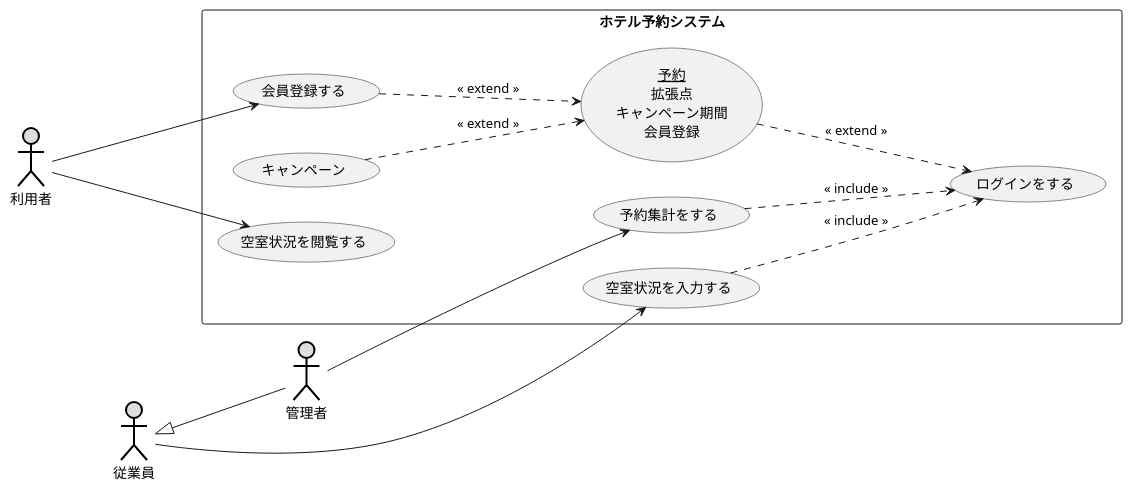
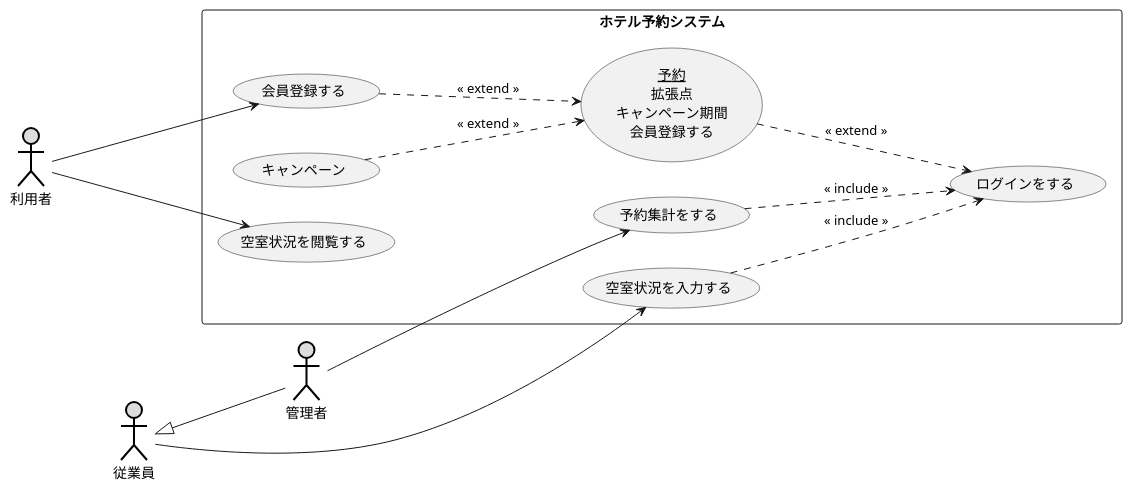
Before and after one commit to Raiki215/uml-introduction: the diagram in 演習2-8_UC_ホテル予約システム.pu, drawn with PlantUML.

Commit message:
やり直し2

```diff
--- a/演習2-8_UC_ホテル予約システム.pu
+++ b/演習2-8_UC_ホテル予約システム.pu
@@ -1,40 +1,40 @@
 @startuml
 
 left to right direction
 
 actor 利用者 as user #DDDDDD;line:black;line.bold;
 actor 従業員 as employee #DDDDDD;line:black;line.bold;
 actor 管理者 as admin #DDDDDD;line:black;line.bold;
 
 rectangle ホテル予約システム {
     usecase 会員登録する 
     usecase キャンペーン
     usecase 空室状況を閲覧する
     usecase 予約集計をする
     usecase 空室状況を入力する
-    usecase (<u>予約</u>\n拡張点\nキャンペーン期間\n会員登録) as input
+    usecase (<u>予約</u>\n拡張点\nキャンペーン期間\n会員登録する) as input
     usecase ログインをする
 }
 
 
     user ---> 会員登録する
     user ---> 空室状況を閲覧する
 
     会員登録する ...> input : <<  extend  >>
     キャンペーン ...> input : <<  extend  >>
     input ...> ログインをする : <<  extend  >>
 
     予約集計をする ...> ログインをする : <<  include  >>
     空室状況を入力する ...> ログインをする : <<  include  >>
 
     employee <|-- admin
 
     admin ---> 予約集計をする
 
     employee ---> 空室状況を入力する
 
 
 
 
 
 @enduml
```
